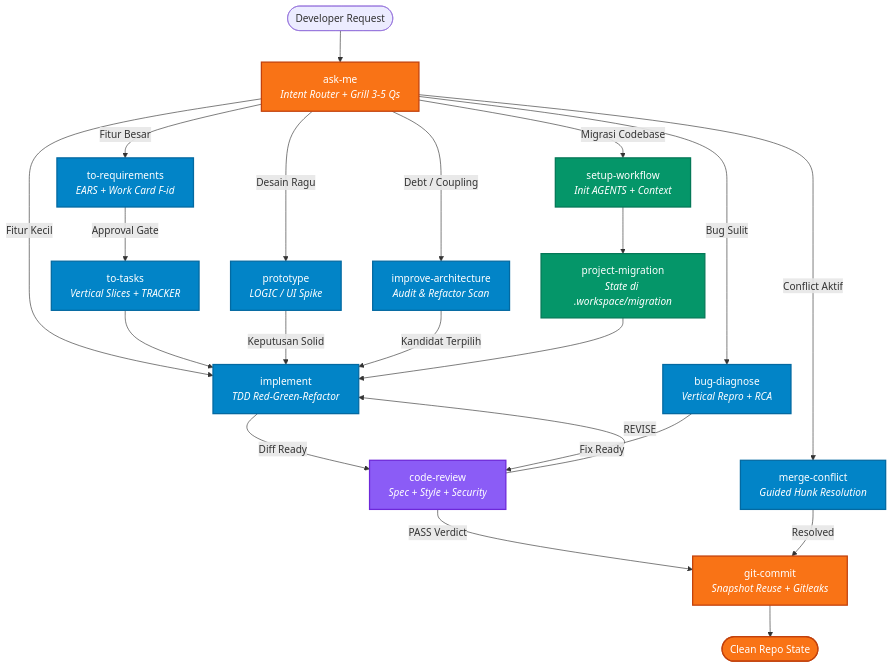
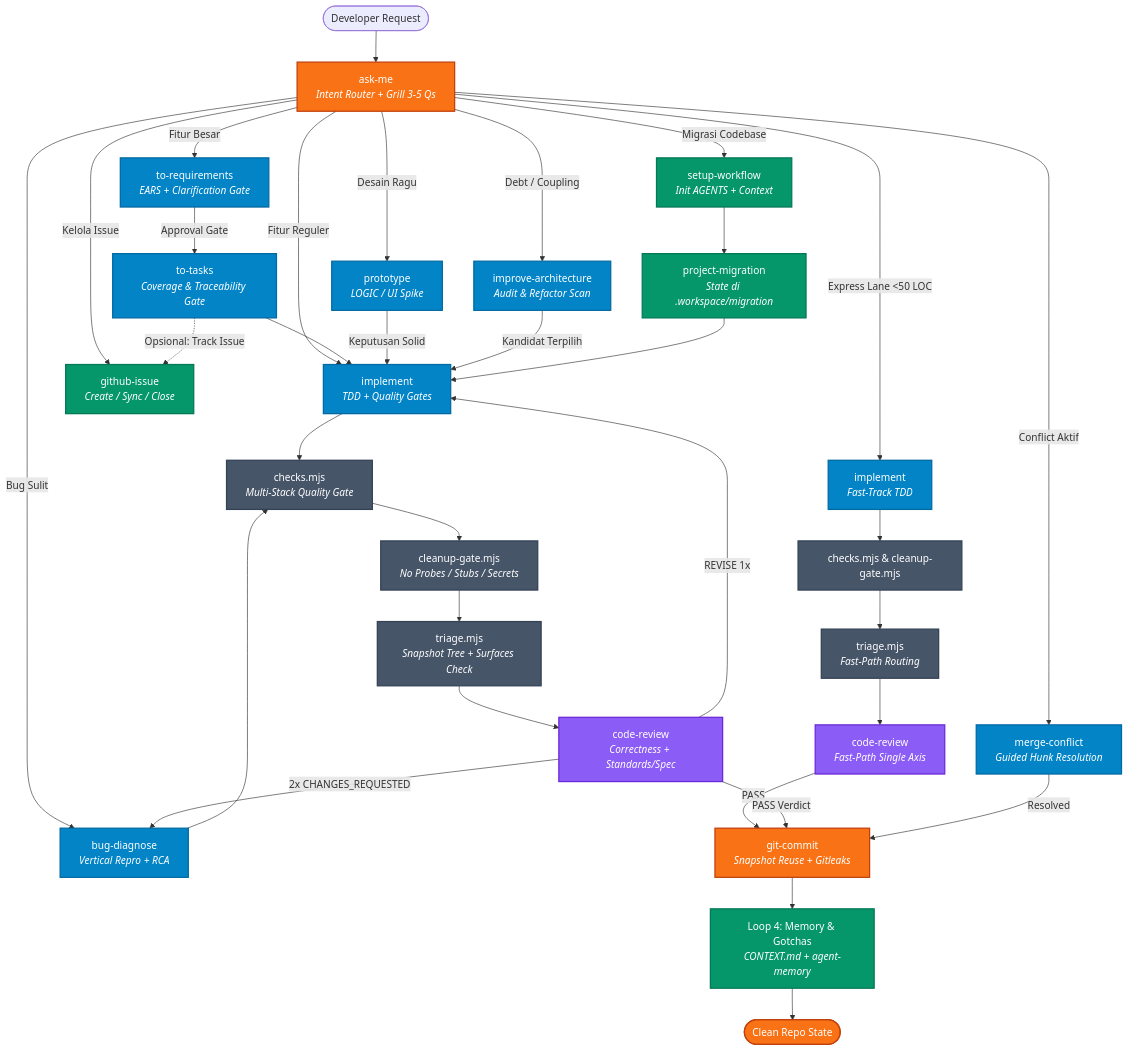
The diagram in README.md (Divarizky/pi-setup), drawn with Mermaid before and after one commit. The commit also changed other lines of this file and 1 other file, not shown here.

````diff
--- a/README.md
+++ b/README.md
@@ -48,36 +73,51 @@
 ```mermaid
 flowchart TD
     classDef gate fill:#f97316,stroke:#c2410c,stroke-width:2px,color:#fff;
     classDef review fill:#8b5cf6,stroke:#6d28d9,stroke-width:2px,color:#fff;
     classDef build fill:#0284c7,stroke:#0369a1,stroke-width:2px,color:#fff;
     classDef context fill:#059669,stroke:#047857,stroke-width:2px,color:#fff;
+    classDef script fill:#475569,stroke:#334155,stroke-width:2px,color:#fff;
 
     USER([Developer Request]) --> ASK[ask-me<br/><i>Intent Router + Grill 3-5 Qs</i>]:::gate
 
     %% Cabang Alur
-    ASK -->|Fitur Besar| REQ[to-requirements<br/><i>EARS + Work Card F-id</i>]:::build
-    ASK -->|Fitur Kecil| IMP[implement<br/><i>TDD Red-Green-Refactor</i>]:::build
+    ASK -->|Express Lane <50 LOC| IMP_EXP[implement<br/><i>Fast-Track TDD</i>]:::build
+    ASK -->|Fitur Besar| REQ[to-requirements<br/><i>EARS + Clarification Gate</i>]:::build
+    ASK -->|Fitur Reguler| IMP[implement<br/><i>TDD + Quality Gates</i>]:::build
     ASK -->|Bug Sulit| BUG[bug-diagnose<br/><i>Vertical Repro + RCA</i>]:::build
     ASK -->|Desain Ragu| PROTO[prototype<br/><i>LOGIC / UI Spike</i>]:::build
     ASK -->|Debt / Coupling| ARCH[improve-architecture<br/><i>Audit & Refactor Scan</i>]:::build
     ASK -->|Conflict Aktif| CONF[merge-conflict<br/><i>Guided Hunk Resolution</i>]:::build
     ASK -->|Migrasi Codebase| SETUP[setup-workflow<br/><i>Init AGENTS + Context</i>]:::context
+    ASK -->|Kelola Issue| GHI[github-issue<br/><i>Create / Sync / Close</i>]:::context
 
     %% Pipeline Spec & Plan
-    REQ -->|Approval Gate| TASK[to-tasks<br/><i>Vertical Slices + TRACKER</i>]:::build
+    REQ -->|Approval Gate| TASK[to-tasks<br/><i>Coverage & Traceability Gate</i>]:::build
+    TASK -.->|Opsional: Track Issue| GHI
     TASK --> IMP
     PROTO -->|Keputusan Solid| IMP
     ARCH -->|Kandidat Terpilih| IMP
     SETUP --> MIG[project-migration<br/><i>State di .workspace/migration</i>]:::context
     MIG --> IMP
 
+    %% Express Lane Pipeline
+    IMP_EXP --> CHK_EXP[checks.mjs & cleanup-gate.mjs]:::script
+    CHK_EXP --> TRG_EXP[triage.mjs<br/><i>Fast-Path Routing</i>]:::script
+    TRG_EXP --> REV_EXP[code-review<br/><i>Fast-Path Single Axis</i>]:::review
+    REV_EXP -->|PASS| COMMIT
+
     %% Pipeline Verifikasi & Delivery
-    IMP -->|Diff Ready| REV[code-review<br/><i>Spec + Style + Security</i>]:::review
-    BUG -->|Fix Ready| REV
-    
-    REV -->|REVISE| IMP
+    IMP --> CHK[checks.mjs<br/><i>Multi-Stack Quality Gate</i>]:::script
+    CHK --> CLN[cleanup-gate.mjs<br/><i>No Probes / Stubs / Secrets</i>]:::script
+    CLN --> TRG[triage.mjs<br/><i>Snapshot Tree + Surfaces Check</i>]:::script
+    TRG --> REV[code-review<br/><i>Correctness + Standards/Spec</i>]:::review
+    BUG --> CHK
+
+    REV -->|REVISE 1x| IMP
+    REV -->|2x CHANGES_REQUESTED| BUG
     REV -->|PASS Verdict| COMMIT[git-commit<br/><i>Snapshot Reuse + Gitleaks</i>]:::gate
     CONF -->|Resolved| COMMIT
-    
-    COMMIT --> DONE([Clean Repo State]):::gate
+
+    COMMIT --> LOOP4[Loop 4: Memory & Gotchas<br/><i>CONTEXT.md + agent-memory</i>]:::context
+    LOOP4 --> DONE([Clean Repo State]):::gate
 ```
````
